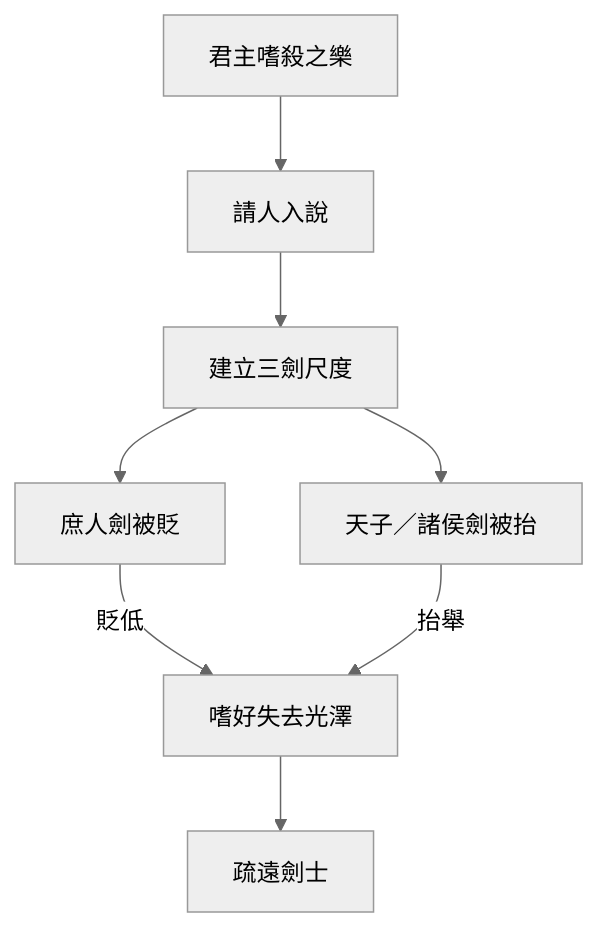
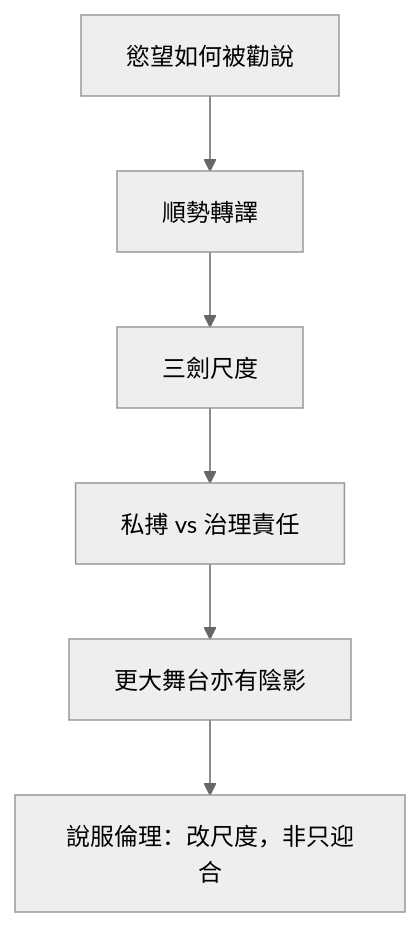
One commit to show0621/zhuangzi-atlas changed the diagram in content/chapters/03-雜篇/30-說劍.md. Above: the diagram before and after it, drawn with Mermaid (neutral theme). The commit also changed other lines of this file and 61 other files, not shown here.

First line of the commit message:
editorial: §16 心智圖改為思想收束，與結構圖分工

````diff
--- a/content/chapters/03-雜篇/30-說劍.md
+++ b/content/chapters/03-雜篇/30-說劍.md
@@ -199,10 +200,8 @@
 ```mermaid
-flowchart TD
-  A[君主嗜殺之樂] --> B[請人入說]
-  B --> C[建立三劍尺度]
-  C --> D[庶人劍被貶]
-  C --> E[天子／諸侯劍被抬]
-  D -->|貶低| F[嗜好失去光澤]
-  E -->|抬舉| F
-  F --> G[疏遠劍士]
+flowchart TB
+  Q[慾望如何被勸說] --> T[順勢轉譯]
+  T --> S[三劍尺度]
+  S --> P[私搏 vs 治理責任]
+  P --> R[更大舞台亦有陰影]
+  R --> E[說服倫理：改尺度，非只迎合]
 ```
````
